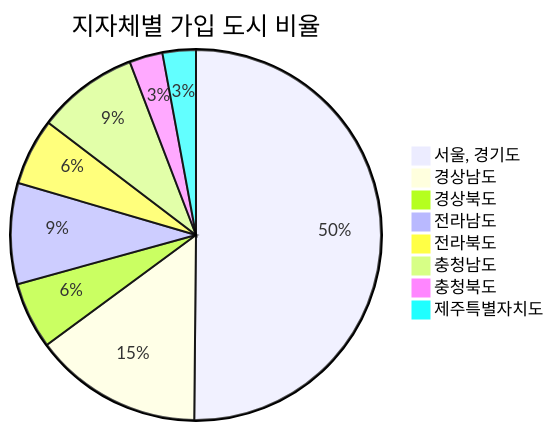
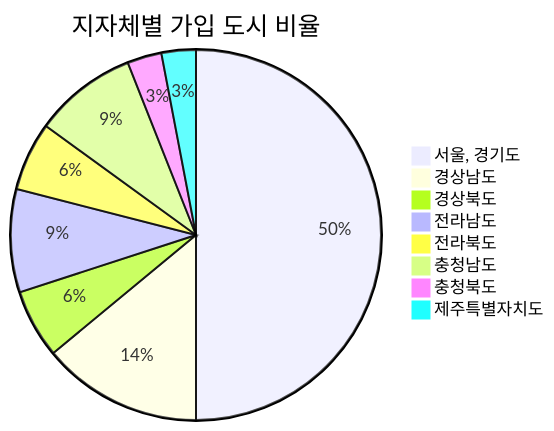
Before and after one commit to j8927/Age_Friendly_City: the diagram in README.md, drawn with Mermaid.

````diff
--- a/README.md
+++ b/README.md
@@ -89,12 +89,12 @@
 ```mermaid
 pie
     title 지자체별 가입 도시 비율
     "서울, 경기도" : 50
-    "경상남도" : 14.7
-    "경상북도" : 5.8
-    "전라남도" : 8.8
-    "전라북도" : 5.8
-    "충청남도" : 8.8
-    "충청북도" : 2.9
-    "제주특별자치도" : 2.9
+    "경상남도" : 14
+    "경상북도" : 6
+    "전라남도" : 9
+    "전라북도" : 6
+    "충청남도" : 9
+    "충청북도" : 3
+    "제주특별자치도" : 3
 ```
````
